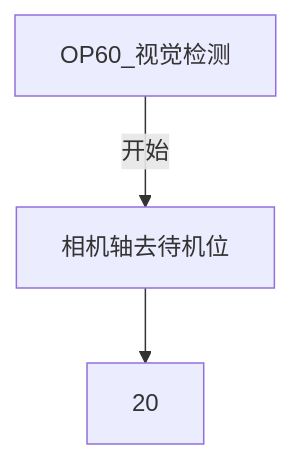
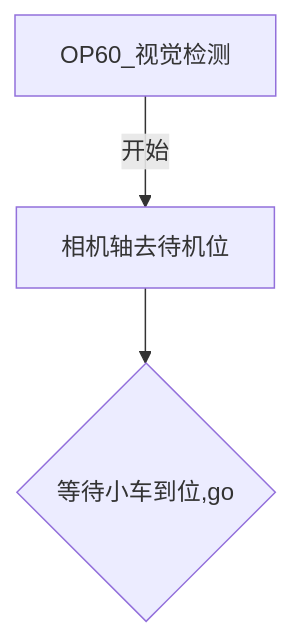
The diagram in all/未命名.md (zmq000/iodraw-files), drawn with Mermaid before and after one commit.

Commit message:
2026-06-17 14:25:58 update

````diff
--- a/all/未命名.md
+++ b/all/未命名.md
@@ -1,8 +1,8 @@
 ```mermaid
 graph TD
    0[OP60_视觉检测]-->|开始|10
    10[相机轴去待机位]-->20
-   20
+   20{等待小车到位,go}
 
    
 ```
````
